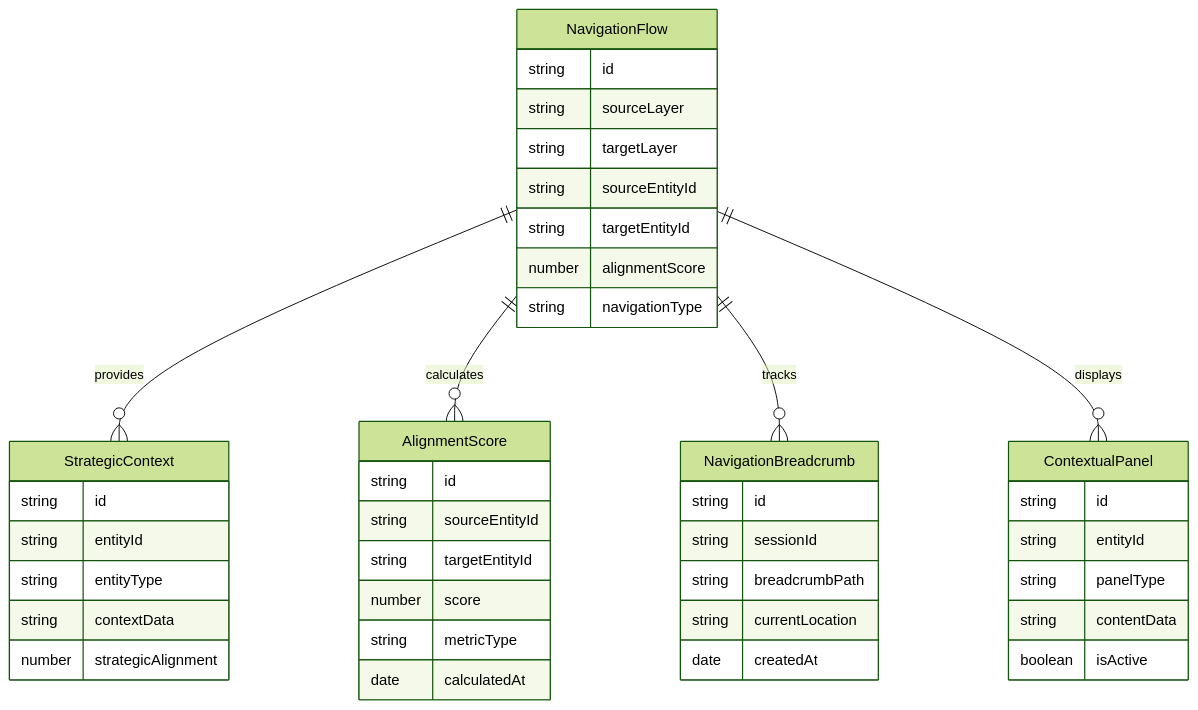
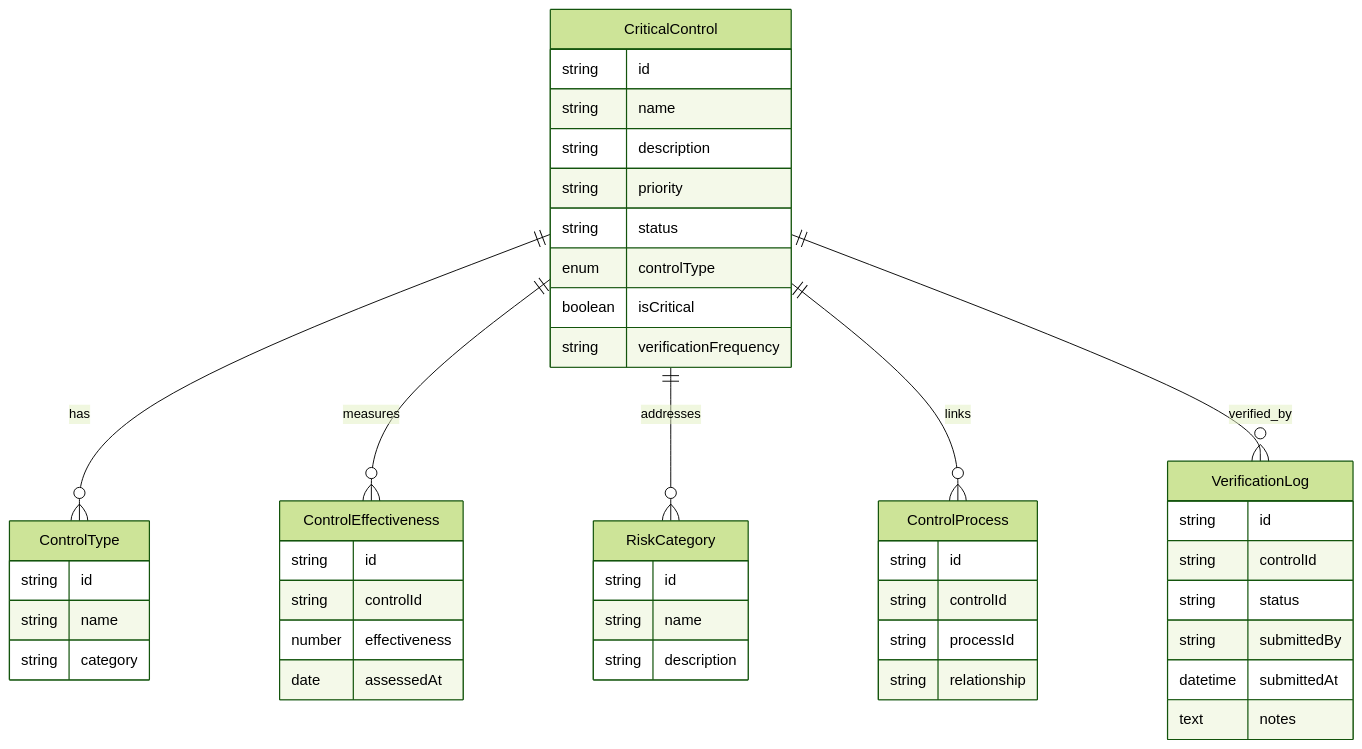
Before and after one commit to Duds/capopt_platform: the eighth of 11 diagrams in docs/design/solution-architecture-design.md, drawn with Mermaid (forest theme). The commit also changed other lines of this file and 43 other files, not shown here.

First line of the commit message:
feat: implement CapOps platform with Critical Control Theory

````diff
--- a/docs/design/solution-architecture-design.md
+++ b/docs/design/solution-architecture-design.md
@@ -431,45 +432,48 @@
 ```mermaid
 erDiagram
-    NavigationFlow {
+    CriticalControl {
         string id
-        string sourceLayer
-        string targetLayer
-        string sourceEntityId
-        string targetEntityId
-        number alignmentScore
-        string navigationType
+        string name
+        string description
+        string priority
+        string status
+        enum controlType
+        boolean isCritical
+        string verificationFrequency
     }
-    StrategicContext {
+    ControlType {
         string id
-        string entityId
-        string entityType
-        string contextData
-        number strategicAlignment
+        string name
+        string category
     }
-    AlignmentScore {
+    ControlEffectiveness {
         string id
-        string sourceEntityId
-        string targetEntityId
-        number score
-        string metricType
-        date calculatedAt
+        string controlId
+        number effectiveness
+        date assessedAt
     }
-    NavigationBreadcrumb {
+    RiskCategory {
         string id
-        string sessionId
-        string breadcrumbPath
-        string currentLocation
-        date createdAt
+        string name
+        string description
     }
-    ContextualPanel {
+    ControlProcess {
         string id
-        string entityId
-        string panelType
-        string contentData
-        boolean isActive
+        string controlId
+        string processId
+        string relationship
     }
-    NavigationFlow ||--o{ StrategicContext : provides
-    NavigationFlow ||--o{ AlignmentScore : calculates
-    NavigationFlow ||--o{ NavigationBreadcrumb : tracks
-    NavigationFlow ||--o{ ContextualPanel : displays
+    VerificationLog {
+        string id
+        string controlId
+        string status
+        string submittedBy
+        datetime submittedAt
+        text notes
+    }
+    CriticalControl ||--o{ ControlType : has
+    CriticalControl ||--o{ ControlEffectiveness : measures
+    CriticalControl ||--o{ RiskCategory : addresses
+    CriticalControl ||--o{ ControlProcess : links
+    CriticalControl ||--o{ VerificationLog : verified_by
 ```
````
